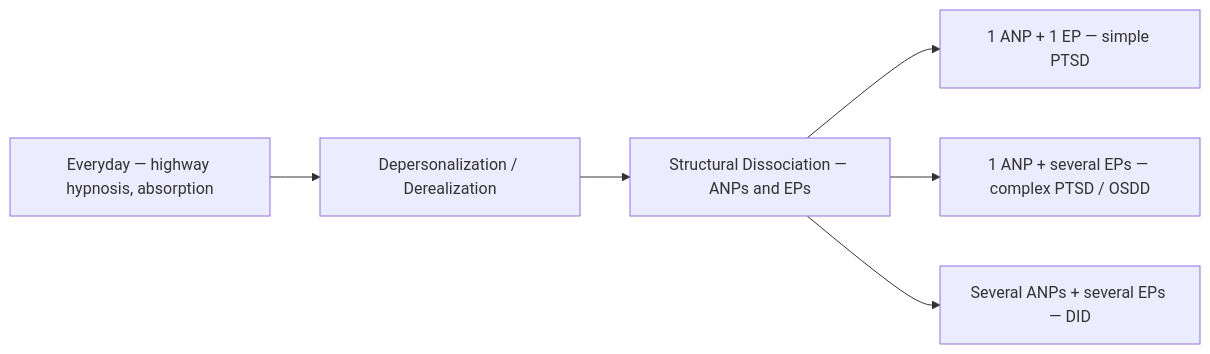
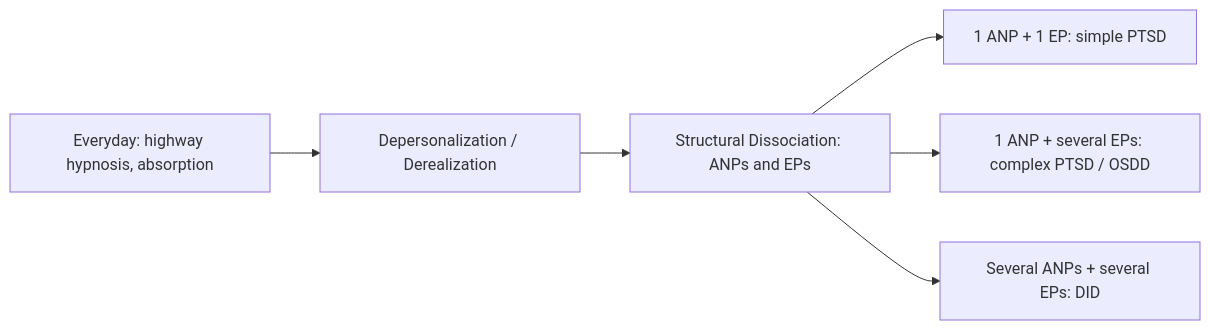
One commit to kennethreitz/kennethreitz.org changed the diagram in data/knowledge/psychology/dissociation.md. Above: the diagram before and after it, drawn with Mermaid. The commit also changed other lines of this file and 879 other files, not shown here.

````diff
--- a/data/knowledge/psychology/dissociation.md
+++ b/data/knowledge/psychology/dissociation.md
@@ -31,8 +31,8 @@
 ```mermaid
 flowchart LR
-    E["Everyday — highway hypnosis, absorption"] --> M["Depersonalization / Derealization"]
-    M --> S["Structural Dissociation — ANPs and EPs"]
-    S --> P1["1 ANP + 1 EP — simple PTSD"]
-    S --> P2["1 ANP + several EPs — complex PTSD / OSDD"]
-    S --> P3["Several ANPs + several EPs — DID"]
+    E["Everyday: highway hypnosis, absorption"] --> M["Depersonalization / Derealization"]
+    M --> S["Structural Dissociation: ANPs and EPs"]
+    S --> P1["1 ANP + 1 EP: simple PTSD"]
+    S --> P2["1 ANP + several EPs: complex PTSD / OSDD"]
+    S --> P3["Several ANPs + several EPs: DID"]
 ```
````
